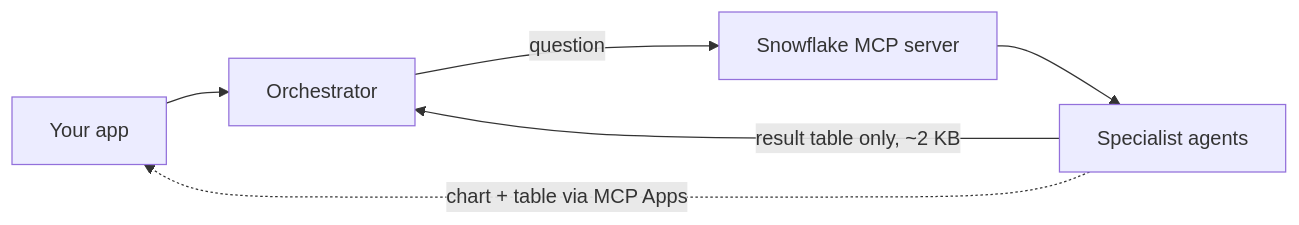
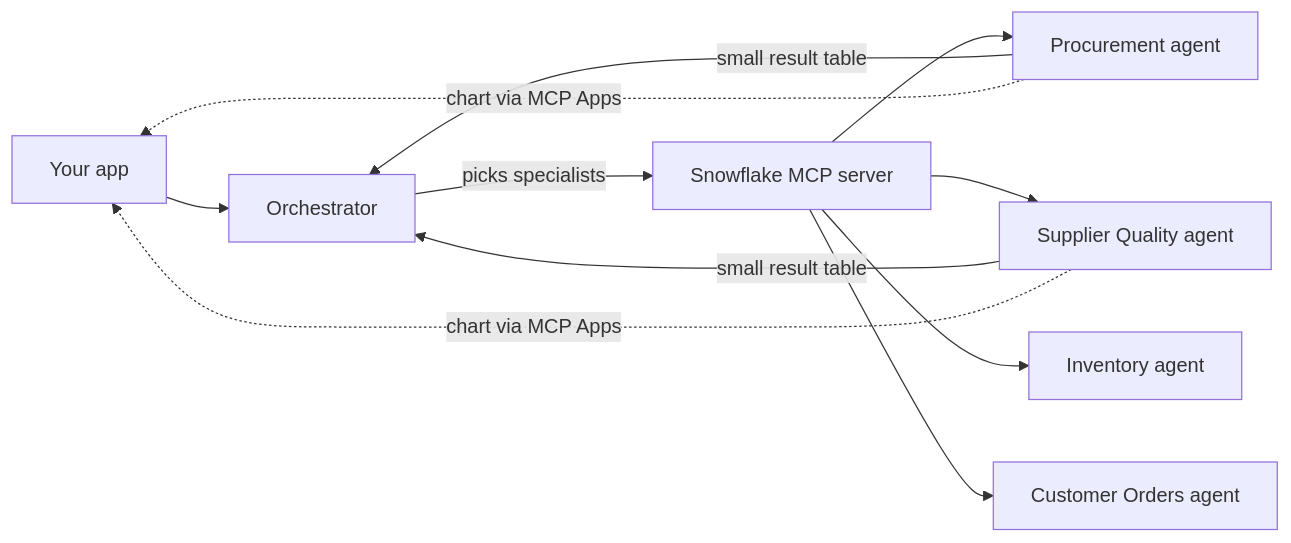
The diagram in Multi_Agent_RBAC_Demo/README.md (sfc-gh-hmassa/Haley_Demos), drawn with Mermaid before and after one commit. The commit also changed other lines of this file and 27 other files, not shown here.

Commit message:
Multi-agent demo: manufacturing specialists, before (SP, MCP full) vs now (MCP filtered + MCP Apps), plain SQL setup, Snowflake-template deck

````diff
--- a/Multi_Agent_RBAC_Demo/README.md
+++ b/Multi_Agent_RBAC_Demo/README.md
@@ -51,8 +39,13 @@
 ```mermaid
 flowchart LR
     App[Your app] --> O[Orchestrator]
-    O -->|question| M[Snowflake MCP server]
-    M --> S[Specialist agents]
-    S -->|result table only, ~2 KB| O
-    S -.->|chart + table via MCP Apps| App
+    O -->|picks specialists| M[Snowflake MCP server]
+    M --> P[Procurement agent]
+    M --> Q[Supplier Quality agent]
+    M --> I[Inventory agent]
+    M --> C[Customer Orders agent]
+    P -->|small result table| O
+    Q -->|small result table| O
+    P -.->|chart via MCP Apps| App
+    Q -.->|chart via MCP Apps| App
 ```
````
